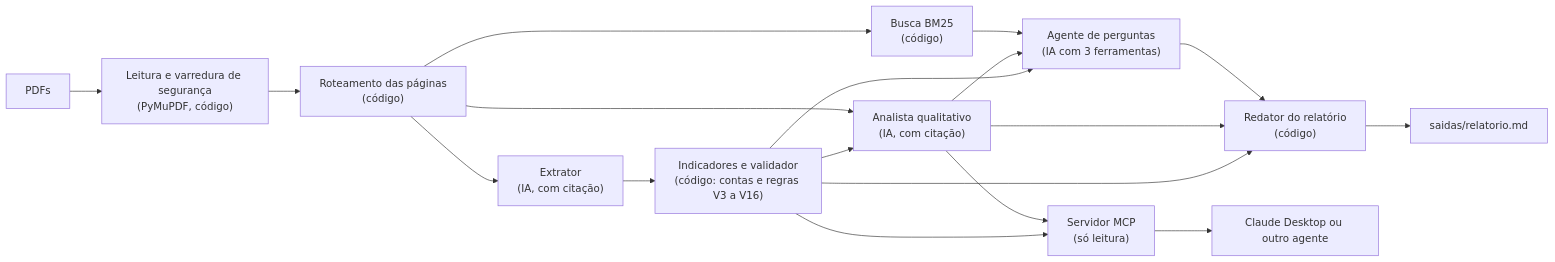
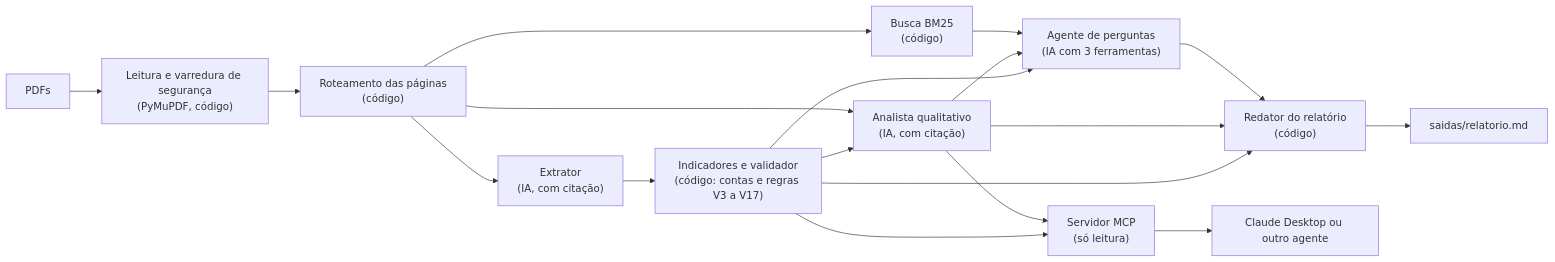
The diagram in README.md (LuisGabriel102/intra-analise-financeira), drawn with Mermaid before and after one commit. The commit also changed other lines of this file and 29 other files, not shown here.

Commit message:
Regras V3 a V6 e V17 no fluxo, CI e textos fiéis ao código

````diff
--- a/README.md
+++ b/README.md
@@ -71,20 +73,20 @@
 ```mermaid
 flowchart LR
     PDF[PDFs] --> LER["Leitura e varredura de segurança<br/>(PyMuPDF, código)"]
     LER --> ROT["Roteamento das páginas<br/>(código)"]
     ROT --> EXT["Extrator<br/>(IA, com citação)"]
-    EXT --> VAL["Indicadores e validador<br/>(código: contas e regras V3 a V16)"]
+    EXT --> VAL["Indicadores e validador<br/>(código: contas e regras V3 a V17)"]
     VAL --> ANA["Analista qualitativo<br/>(IA, com citação)"]
     ROT --> ANA
     VAL --> AGE["Agente de perguntas<br/>(IA com 3 ferramentas)"]
     ANA --> AGE
     ROT --> BUS["Busca BM25<br/>(código)"]
     BUS --> AGE
     VAL --> RED["Redator do relatório<br/>(código)"]
     ANA --> RED
     AGE --> RED
     RED --> REL[saidas/relatorio.md]
     VAL --> MCP["Servidor MCP<br/>(só leitura)"]
     ANA --> MCP
     MCP --> CLI[Claude Desktop ou outro agente]
 ```
````
